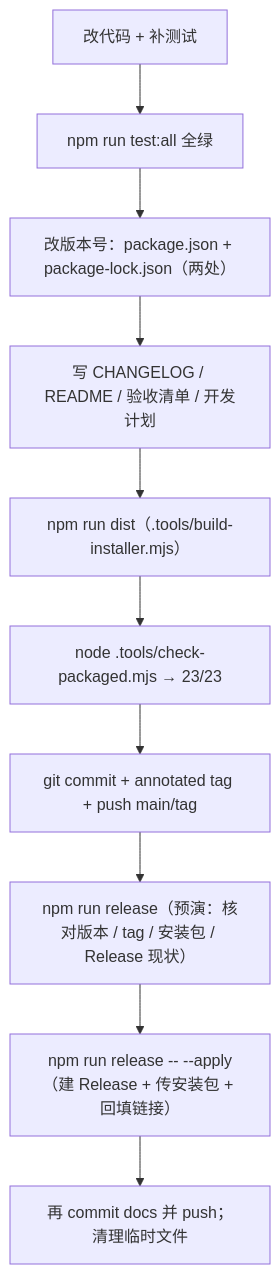
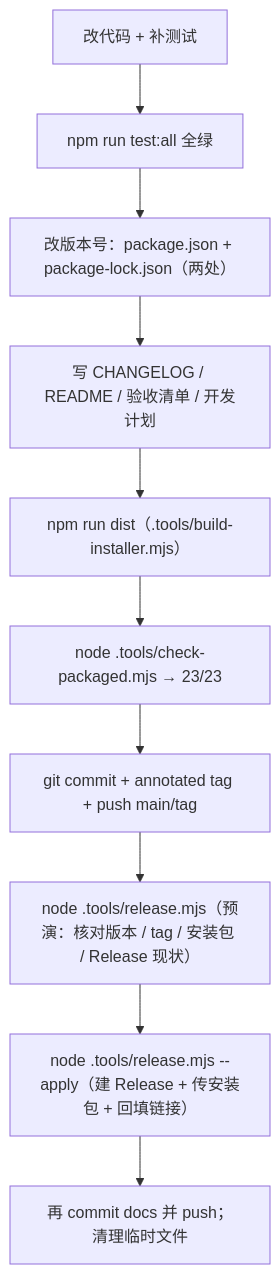
Before and after one commit to x-000001/zhishiku: the fourth of 4 diagrams in DEVELOPER_GUIDE.md, drawn with Mermaid. The commit also changed other lines of this file and 5 other files, not shown here.

Commit message:
docs：0.11.2 已发布到 GitHub Release，回填发布链接与安装包字节数（112,597,512）；发版 SOP 改用在 PowerShell 下参数不会被吞的 node .tools/release.mjs --apply

````diff
--- a/DEVELOPER_GUIDE.md
+++ b/DEVELOPER_GUIDE.md
@@ -492,12 +492,12 @@
 ```mermaid
 flowchart TD
   A["改代码 + 补测试"] --> B["npm run test:all 全绿"]
   B --> C["改版本号：package.json + package-lock.json（两处）"]
   C --> D["写 CHANGELOG / README / 验收清单 / 开发计划"]
   D --> E["npm run dist（.tools/build-installer.mjs）"]
   E --> F["node .tools/check-packaged.mjs → 23/23"]
   F --> G["git commit + annotated tag + push main/tag"]
-  G --> H["npm run release（预演：核对版本 / tag / 安装包 / Release 现状）"]
-  H --> I["npm run release -- --apply（建 Release + 传安装包 + 回填链接）"]
+  G --> H["node .tools/release.mjs（预演：核对版本 / tag / 安装包 / Release 现状）"]
+  H --> I["node .tools/release.mjs --apply（建 Release + 传安装包 + 回填链接）"]
   I --> J["再 commit docs 并 push；清理临时文件"]
 ```
````
